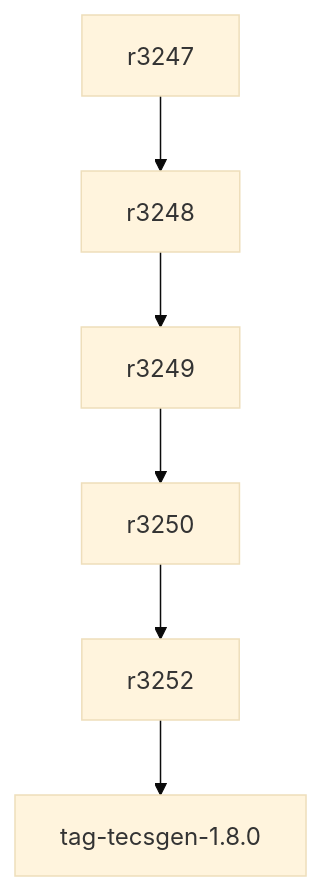
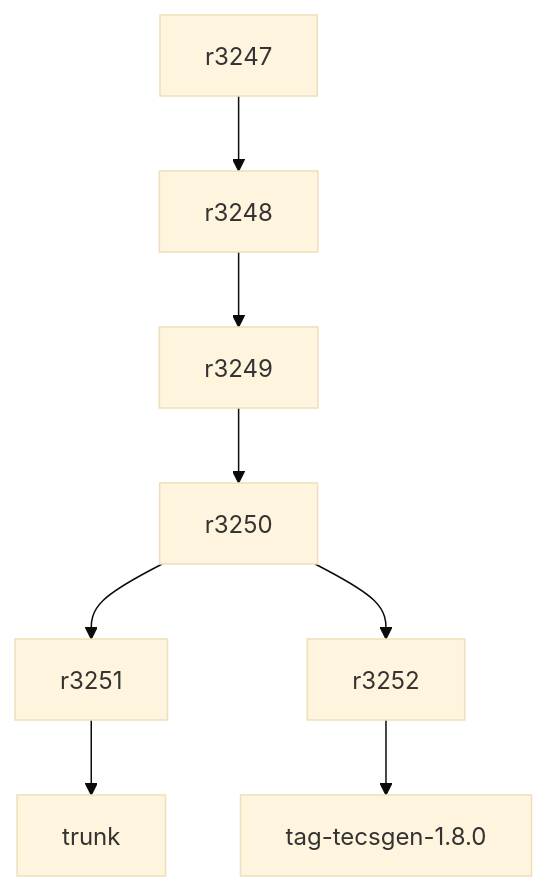
The diagram in tecsgen.md (ykominami/testxprj), drawn with Mermaid (base theme) before and after one commit.

````diff
--- a/tecsgen.md
+++ b/tecsgen.md
@@ -1,9 +1,11 @@
 ```mermaid
 
 graph TD;
   r3252-->tag-tecsgen-1.8.0;
+  r3251-->trunk;
+  r3250-->r3251;
   r3250-->r3252;
   r3249-->r3250;
   r3248-->r3249;
   r3247-->r3248;
 ```
````
